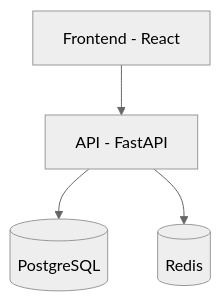
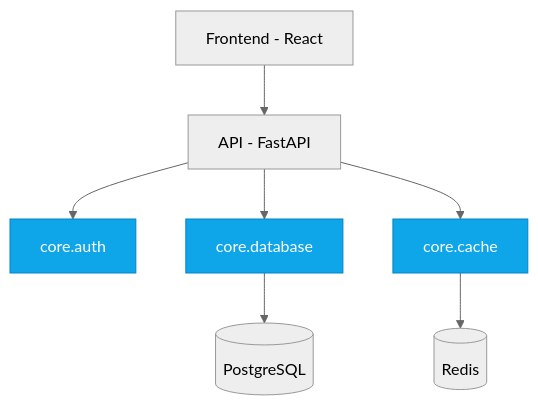
The first of 6 diagrams in skills/dockit/references/guides/DIAGRAMS.md (TheLampshady/repokit), drawn with Mermaid (neutral theme) before and after one commit. The commit also changed other lines of this file and 24 other files, not shown here.

````diff
--- a/skills/dockit/references/guides/DIAGRAMS.md
+++ b/skills/dockit/references/guides/DIAGRAMS.md
@@ -20,6 +20,11 @@
 ```mermaid
 flowchart TD
     FE[Frontend - React] --> API[API - FastAPI]
-    API --> DB[(PostgreSQL)]
-    API --> Cache[(Redis)]
+    API --> F_Auth[core.auth]:::foundation
+    API --> F_DB[core.database]:::foundation
+    F_DB --> DB[(PostgreSQL)]
+    API --> F_Cache[core.cache]:::foundation
+    F_Cache --> Cache[(Redis)]
+
+    classDef foundation fill:#0ea5e9,stroke:#0284c7,color:#fff
 ```
````
